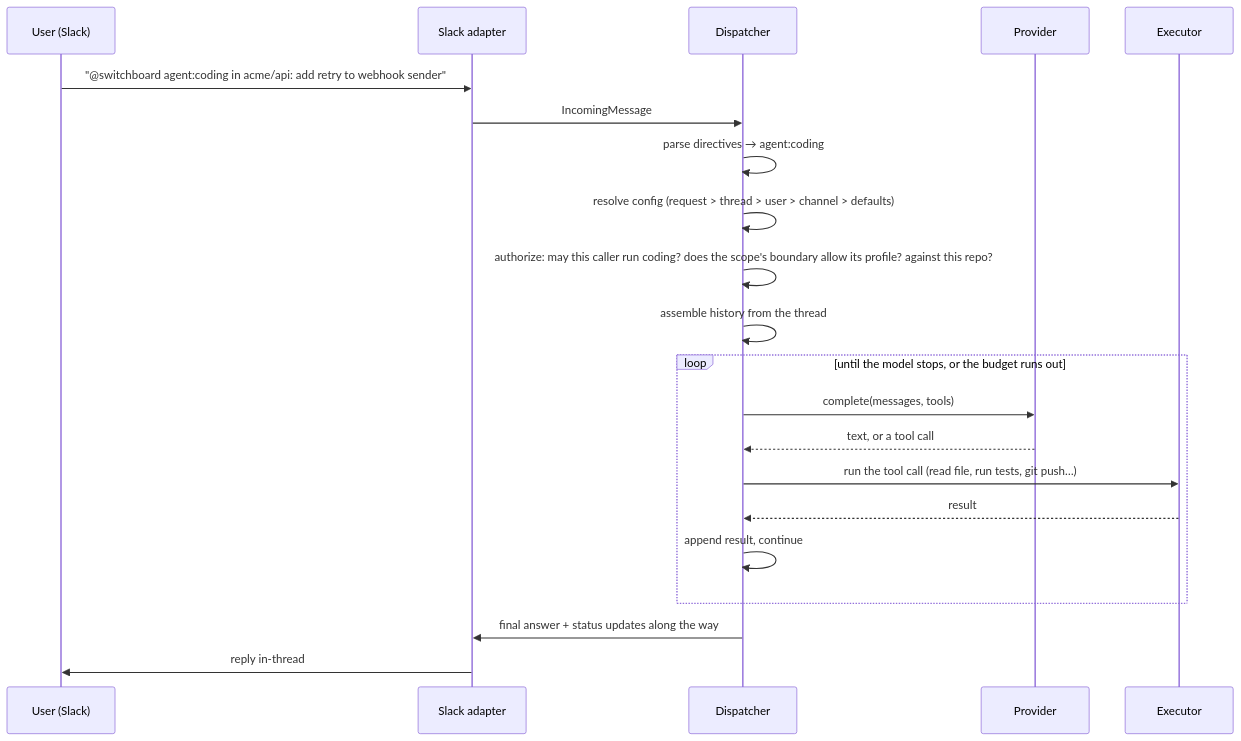
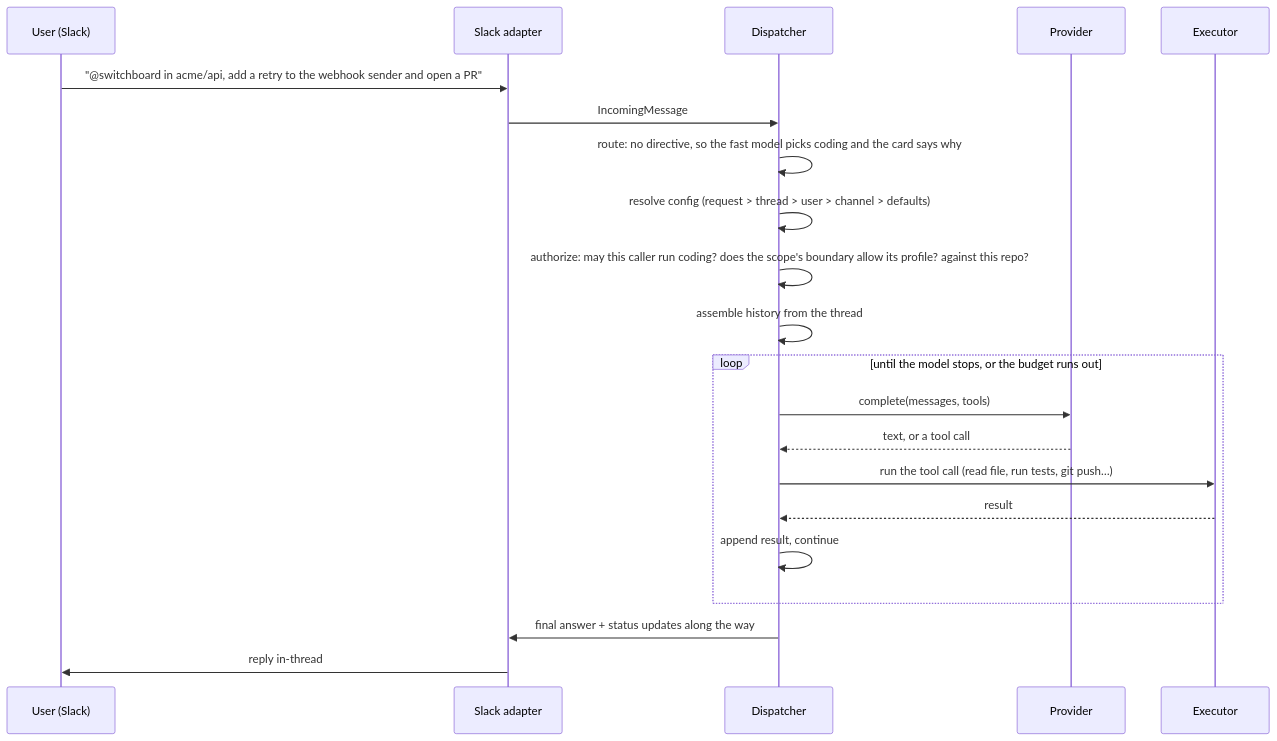
Before and after one commit to coreplanelabs/switchboard: the second of 2 diagrams in docs/explanation/how-a-request-flows.md, drawn with Mermaid. The commit also changed other lines of this file and 15 other files, not shown here.

````diff
--- a/docs/explanation/how-a-request-flows.md
+++ b/docs/explanation/how-a-request-flows.md
@@ -49,24 +49,24 @@
 ```mermaid
 sequenceDiagram
     participant U as User (Slack)
     participant A as Slack adapter
     participant D as Dispatcher
     participant P as Provider
     participant E as Executor
 
-    U->>A: "@switchboard agent:coding in acme/api: add retry to webhook sender"
+    U->>A: "@switchboard in acme/api, add a retry to the webhook sender and open a PR"
     A->>D: IncomingMessage
-    D->>D: parse directives → agent:coding
+    D->>D: route: no directive, so the fast model picks coding and the card says why
     D->>D: resolve config (request > thread > user > channel > defaults)
     D->>D: authorize: may this caller run coding? does the scope's boundary allow its profile? against this repo?
     D->>D: assemble history from the thread
     loop until the model stops, or the budget runs out
         D->>P: complete(messages, tools)
         P-->>D: text, or a tool call
         D->>E: run the tool call (read file, run tests, git push…)
         E-->>D: result
         D->>D: append result, continue
     end
     D->>A: final answer + status updates along the way
     A->>U: reply in-thread
 ```
````
